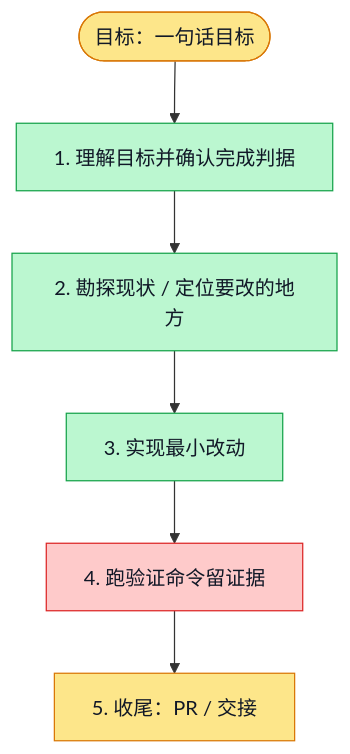
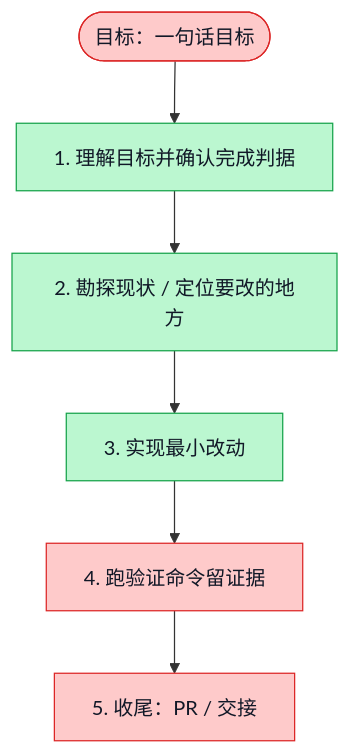
Before and after one commit to boardx/workspacex: the diagram in docs/evidence/org-home-theme-4881/execution-plan.md, drawn with Mermaid. The commit also changed 1 other file, not shown here.

Commit message:
docs(home): record verification and delivery blockers

````diff
--- a/docs/evidence/org-home-theme-4881/execution-plan.md
+++ b/docs/evidence/org-home-theme-4881/execution-plan.md
@@ -17,25 +17,27 @@
 ```mermaid
 flowchart TD
   G([目标：一句话目标])
   S1[1. 理解目标并确认完成判据]
   S2[2. 勘探现状 / 定位要改的地方]
   S3[3. 实现最小改动]
   S4[4. 跑验证命令留证据]
   S5[5. 收尾：PR / 交接]
 
   G --> S1 --> S2 --> S3 --> S4 --> S5
 
   classDef todo fill:#e5e7eb,stroke:#6b7280,color:#111827
   classDef doing fill:#fde68a,stroke:#d97706,color:#111827
   classDef done fill:#bbf7d0,stroke:#16a34a,color:#111827
   classDef tested fill:#ddd6fe,stroke:#7c3aed,color:#111827
   classDef blocked fill:#fecaca,stroke:#dc2626,color:#111827
 
-  class G doing
+  class G blocked
+  %% blocked G: 实现与前端验证完成；数据库验证和 PR 推送受阻
   class S1 done
   class S2 done
   class S3 done
   class S4 blocked
   %% blocked S4: 前端测试和浏览器验证通过；真实数据库镜像依赖下载被代理拒绝，Docker Hub 拉取限额，完整后端测试未执行
-  class S5 doing
+  class S5 blocked
+  %% blocked S5: 自动审批拒绝 git push 到 boardx/workspacex：私有源码和历史上传缺少明确授权；等待用户批准，未创建 PR
 ```
````
